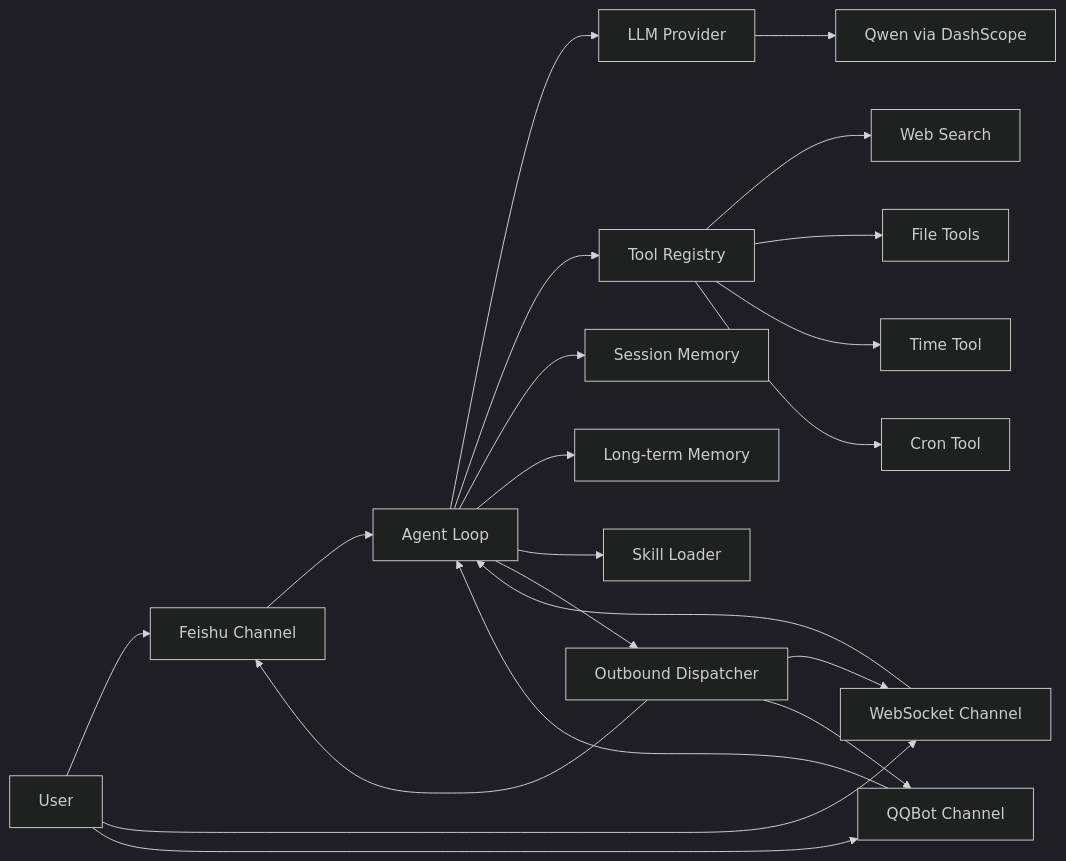
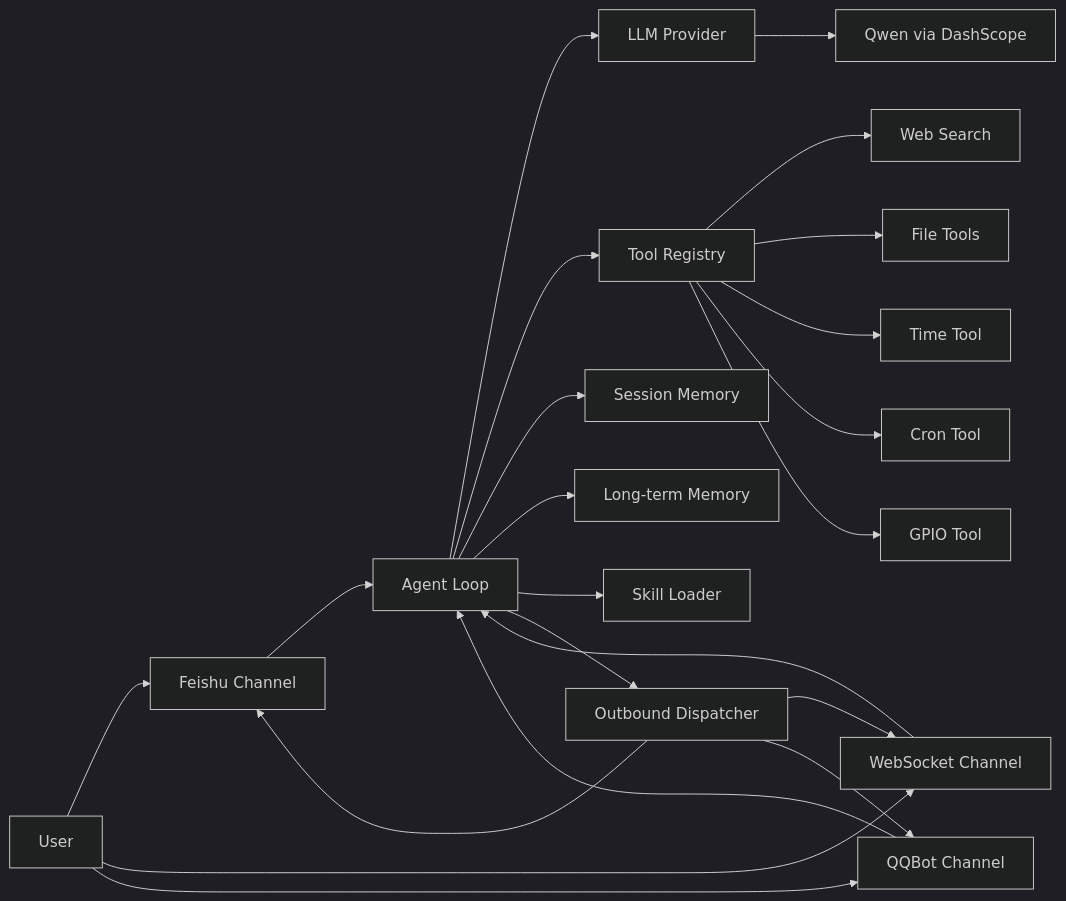
One commit to wireless-tag-com/EmbedClaw changed the diagram in README.md. Above: the diagram before and after it, drawn with Mermaid (dark theme). The commit also changed other lines of this file and 22 other files, not shown here.

First line of the commit message:
✨ feat/gpio_tools: 更新gpio tool，AI可以通过tool直接调用指定IO (#8)

````diff
--- a/README.md
+++ b/README.md
@@ -103,23 +106,24 @@
 ```mermaid
 flowchart LR
     U[User] --> F[Feishu Channel]
     U --> W[WebSocket Channel]
     U --> Qc[QQBot Channel]
     F --> A[Agent Loop]
     W --> A
     Qc --> A
     A --> L[LLM Provider]
     L --> Q[Qwen via DashScope]
     A --> T[Tool Registry]
     T --> S1[Web Search]
     T --> S2[File Tools]
     T --> S3[Time Tool]
     T --> S4[Cron Tool]
+    T --> S5[GPIO Tool]
     A --> M1[Session Memory]
     A --> M2[Long-term Memory]
     A --> K[Skill Loader]
     A --> O[Outbound Dispatcher]
     O --> F
     O --> W
     O --> Qc
 ```
````
